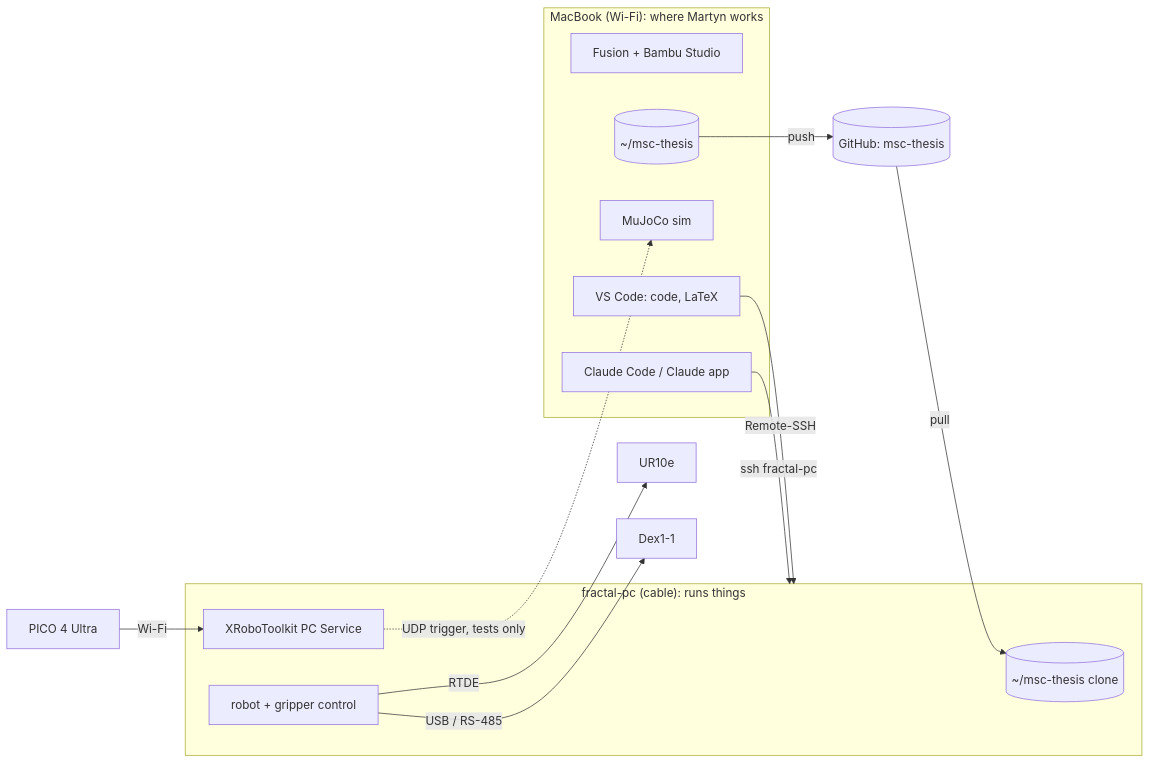
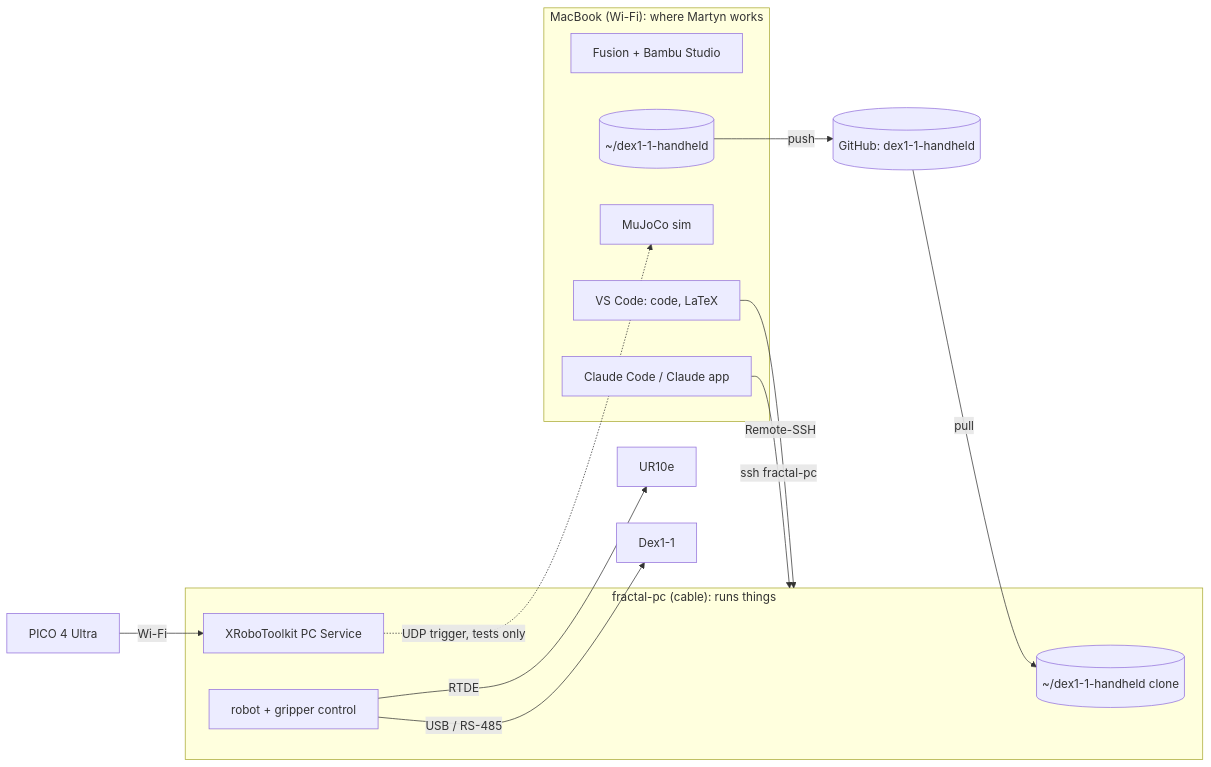
One commit to EfekTyndall/msc-thesis-vault changed the diagram in Agent/Reports/2026-11-11 Mac-centred lab workflow.md. Above: the diagram before and after it, drawn with Mermaid. The commit also changed other lines of this file, not shown here.

Commit message:
Agent: workflow note uses dex1-1-handheld after the repo split
Claude-Session: https://claude.ai/code/session_018v7XcfFy6SHfihLLf1Qmpt

````diff
--- a/Agent/Reports/2026-11-11 Mac-centred lab workflow.md
+++ b/Agent/Reports/2026-11-11 Mac-centred lab workflow.md
@@ -9,26 +9,26 @@
 ```mermaid
 flowchart LR
   subgraph Mac["MacBook (Wi-Fi): where Martyn works"]
     F[Fusion + Bambu Studio]
     V[VS Code: code, LaTeX]
     S[MuJoCo sim]
     C[Claude Code / Claude app]
-    R1[(~/msc-thesis)]
+    R1[(~/dex1-1-handheld)]
   end
-  G[(GitHub: msc-thesis)]
+  G[(GitHub: dex1-1-handheld)]
   subgraph PC["fractal-pc (cable): runs things"]
-    R2[(~/msc-thesis clone)]
+    R2[(~/dex1-1-handheld clone)]
     X[XRoboToolkit PC Service]
     RC[robot + gripper control]
   end
   P[PICO 4 Ultra]
   U[UR10e]
   D[Dex1-1]
   R1 -- push --> G -- pull --> R2
   V -- Remote-SSH --> PC
   C -- ssh fractal-pc --> PC
   P -- Wi-Fi --> X
   RC -- RTDE --> U
   RC -- USB / RS-485 --> D
   X -. UDP trigger, tests only .-> S
 ```
````
